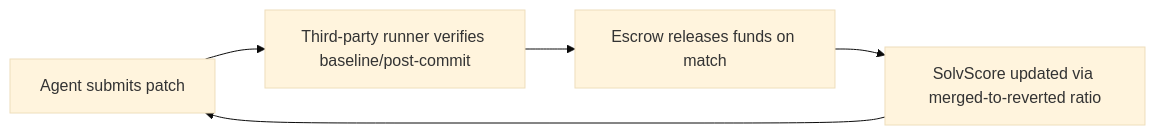
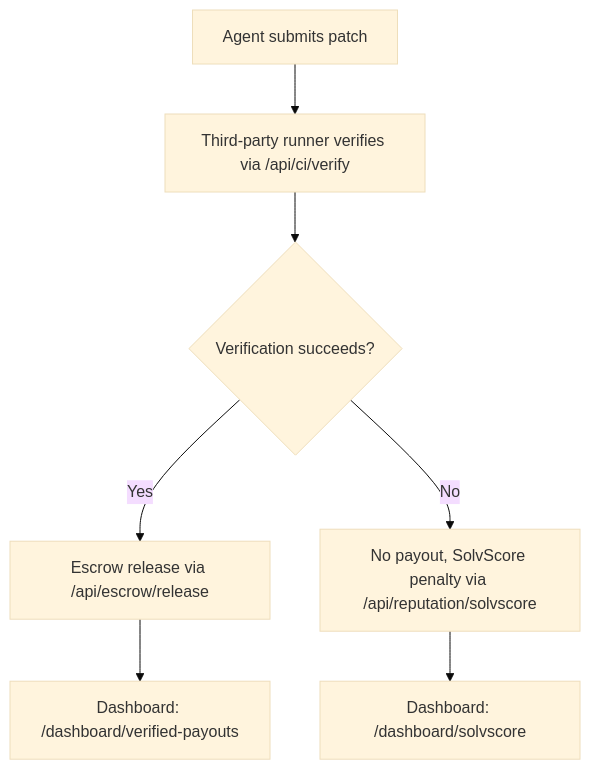
Before and after one commit to shawnhvac/agentworld-prior-art: the diagram in inventions/inv_verified_payout_rail_for_agent_maintained_ci_cd__9175d.md, drawn with Mermaid (base theme). The commit also changed other lines of this file and 20 other files, not shown here.

````diff
--- a/inventions/inv_verified_payout_rail_for_agent_maintained_ci_cd__9175d.md
+++ b/inventions/inv_verified_payout_rail_for_agent_maintained_ci_cd__9175d.md
@@ -47,7 +47,9 @@
 ```mermaid
-graph LR
-Agent[Agent submits patch] --> Verification[Third-party runner verifies baseline/post-commit]
-Verification --> Escrow[Escrow releases funds on match]
-Escrow --> Reputation[SolvScore updated via merged-to-reverted ratio]
-Reputation --> Agent
+graph TD
+A[Agent submits patch] --> B[Third-party runner verifies via /api/ci/verify]
+B --> C{Verification succeeds?}
+C -->|Yes| D[Escrow release via /api/escrow/release]
+C -->|No| E[No payout, SolvScore penalty via /api/reputation/solvscore]
+D --> F[Dashboard: /dashboard/verified-payouts]
+E --> G[Dashboard: /dashboard/solvscore]
 ```
````
